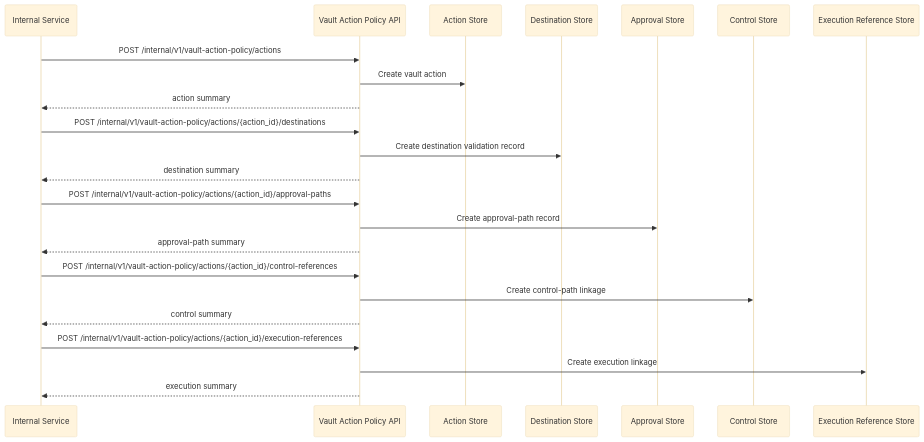
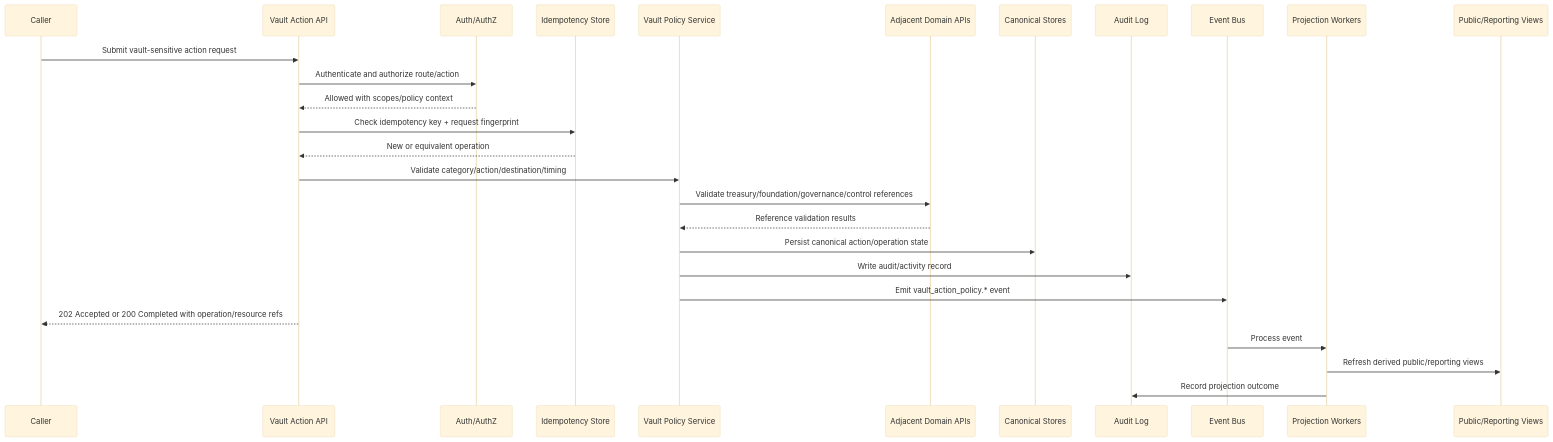
One commit to fuze-ac/api-specs changed the third of 3 diagrams in VAULT_ACTION_POLICY_API_SPEC.md. Above: the diagram before and after it, drawn with Mermaid (base theme). The commit also changed other lines of this file and 50 other files, not shown here.

````diff
--- a/VAULT_ACTION_POLICY_API_SPEC.md
+++ b/VAULT_ACTION_POLICY_API_SPEC.md
@@ -1309,30 +471,30 @@
 ```mermaid
 sequenceDiagram
-    participant S as Internal Service
-    participant API as Vault Action Policy API
-    participant ACT as Action Store
-    participant DST as Destination Store
-    participant APP as Approval Store
-    participant CTRL as Control Store
-    participant EXE as Execution Reference Store
+  participant C as Caller
+  participant API as Vault Action API
+  participant Auth as Auth/AuthZ
+  participant Idem as Idempotency Store
+  participant V as Vault Policy Service
+  participant Adj as Adjacent Domain APIs
+  participant DB as Canonical Stores
+  participant Audit as Audit Log
+  participant Bus as Event Bus
+  participant W as Projection Workers
+  participant Pub as Public/Reporting Views
 
-    S->>API: POST /internal/v1/vault-action-policy/actions
-    API->>ACT: Create vault action
-    API-->>S: action summary
-
-    S->>API: POST /internal/v1/vault-action-policy/actions/{action_id}/destinations
-    API->>DST: Create destination validation record
-    API-->>S: destination summary
-
-    S->>API: POST /internal/v1/vault-action-policy/actions/{action_id}/approval-paths
-    API->>APP: Create approval-path record
-    API-->>S: approval-path summary
-
-    S->>API: POST /internal/v1/vault-action-policy/actions/{action_id}/control-references
-    API->>CTRL: Create control-path linkage
-    API-->>S: control summary
-
-    S->>API: POST /internal/v1/vault-action-policy/actions/{action_id}/execution-references
-    API->>EXE: Create execution linkage
-    API-->>S: execution summary
+  C->>API: Submit vault-sensitive action request
+  API->>Auth: Authenticate and authorize route/action
+  Auth-->>API: Allowed with scopes/policy context
+  API->>Idem: Check idempotency key + request fingerprint
+  Idem-->>API: New or equivalent operation
+  API->>V: Validate category/action/destination/timing
+  V->>Adj: Validate treasury/foundation/governance/control references
+  Adj-->>V: Reference validation results
+  V->>DB: Persist canonical action/operation state
+  V->>Audit: Write audit/activity record
+  V->>Bus: Emit vault_action_policy.* event
+  API-->>C: 202 Accepted or 200 Completed with operation/resource refs
+  Bus->>W: Process event
+  W->>Pub: Refresh derived public/reporting views
+  W->>Audit: Record projection outcome
 ```
````
